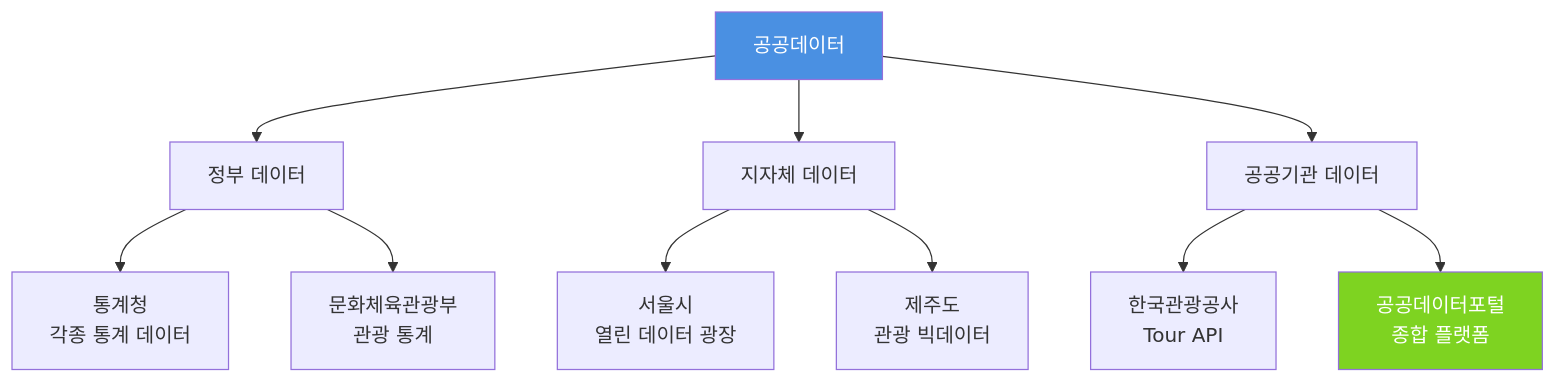
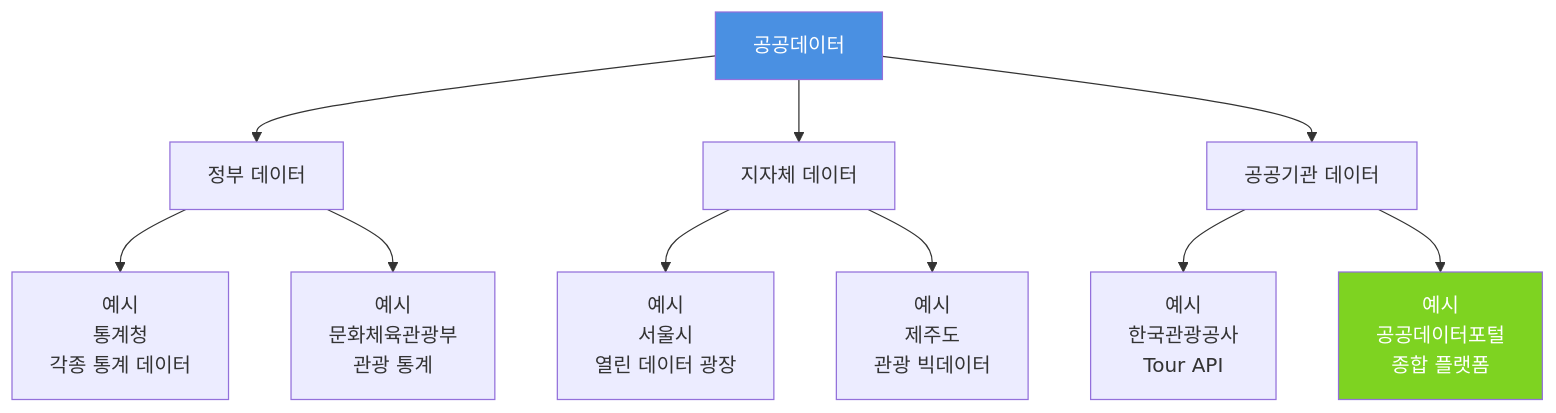
The first of 7 diagrams in _md/genai-notion/chapter04/04-2.md (nugurejeil/weniVooks), drawn with Mermaid before and after one commit. The commit also changed other lines of this file and 10 other files, not shown here.

````diff
--- a/_md/genai-notion/chapter04/04-2.md
+++ b/_md/genai-notion/chapter04/04-2.md
@@ -11,18 +11,17 @@
 ```mermaid
 graph TD
     A[공공데이터] --> B[정부 데이터]
     A --> C[지자체 데이터]
     A --> D[공공기관 데이터]
 
-    B --> E[통계청<br/>각종 통계 데이터]
-    B --> F[문화체육관광부<br/>관광 통계]
+    B --> E[예시<br/>통계청<br/>각종 통계 데이터]
+    B --> F[예시<br/>문화체육관광부<br/>관광 통계]
 
-    C --> G[서울시<br/>열린 데이터 광장]
-    C --> H[제주도<br/>관광 빅데이터]
-
-    D --> I[한국관광공사<br/>Tour API]
-    D --> J[공공데이터포털<br/>종합 플랫폼]
+    C --> G[예시<br/>서울시<br/>열린 데이터 광장]
+    C --> H[예시<br/>제주도<br/>관광 빅데이터]
+    D --> I[예시<br/>한국관광공사<br/>Tour API]
+    D --> J[예시<br/>공공데이터포털<br/>종합 플랫폼]
 
     style A fill:#4A90E2,color:#fff
     style J fill:#7ED321,color:#fff
 ```
````
